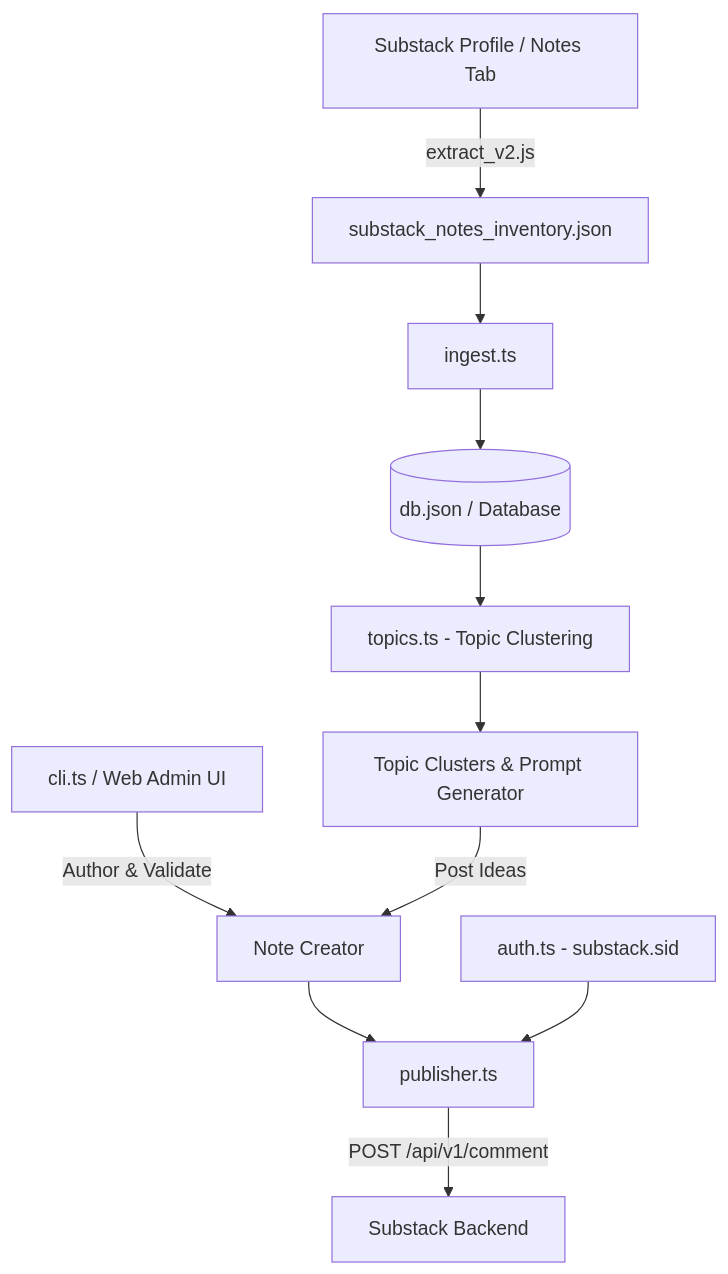
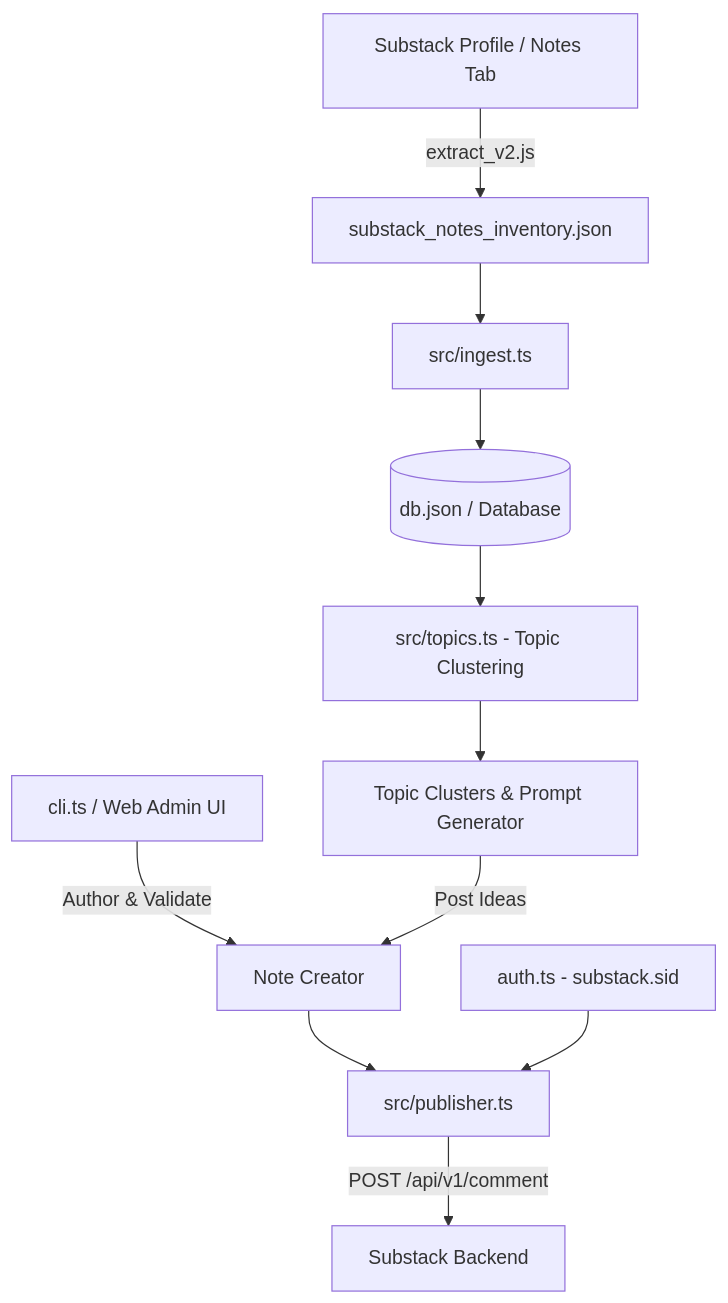
One commit to funmu/snap changed the diagram in spec.md. Above: the diagram before and after it, drawn with Mermaid. The commit also changed other lines of this file and 5 other files, not shown here.

````diff
--- a/spec.md
+++ b/spec.md
@@ -25,16 +25,16 @@
 ```mermaid
 graph TD
     Browser[Substack Profile / Notes Tab] -->|extract_v2.js| RawJSON[substack_notes_inventory.json]
-    RawJSON --> Ingest[ingest.ts]
+    RawJSON --> Ingest[src/ingest.ts]
     Ingest --> DB[(db.json / Database)]
     
-    DB --> Topics[topics.ts - Topic Clustering]
+    DB --> Topics[src/topics.ts - Topic Clustering]
     Topics --> TopicClusters[Topic Clusters & Prompt Generator]
     
     Draft[cli.ts / Web Admin UI] -->|Author & Validate| CreateNote[Note Creator]
     TopicClusters -->|Post Ideas| CreateNote
     
-    CreateNote --> Publisher[publisher.ts]
+    CreateNote --> Publisher[src/publisher.ts]
     Auth[auth.ts - substack.sid] --> Publisher
     Publisher -->|POST /api/v1/comment| SubstackAPI[Substack Backend]
 ```
````
